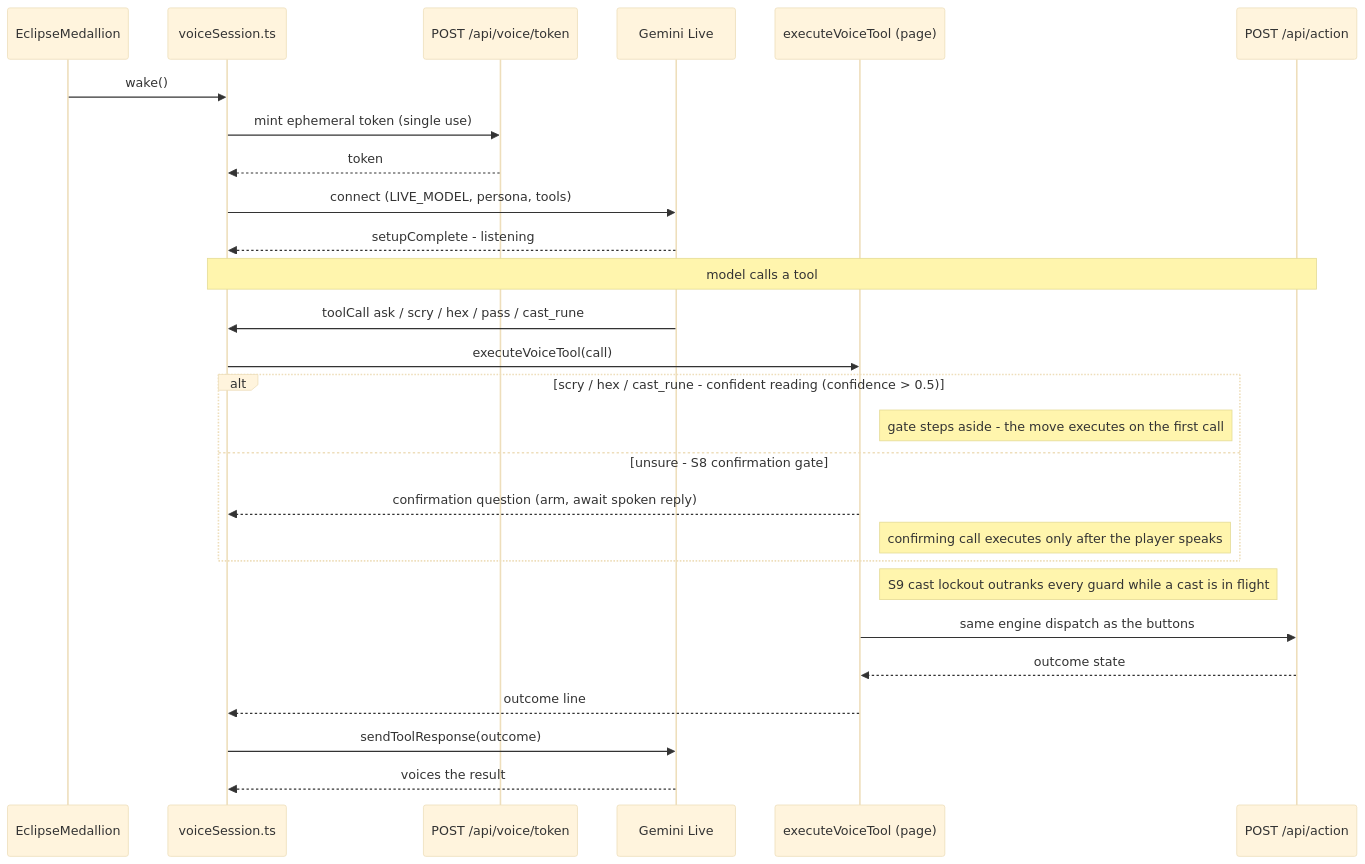
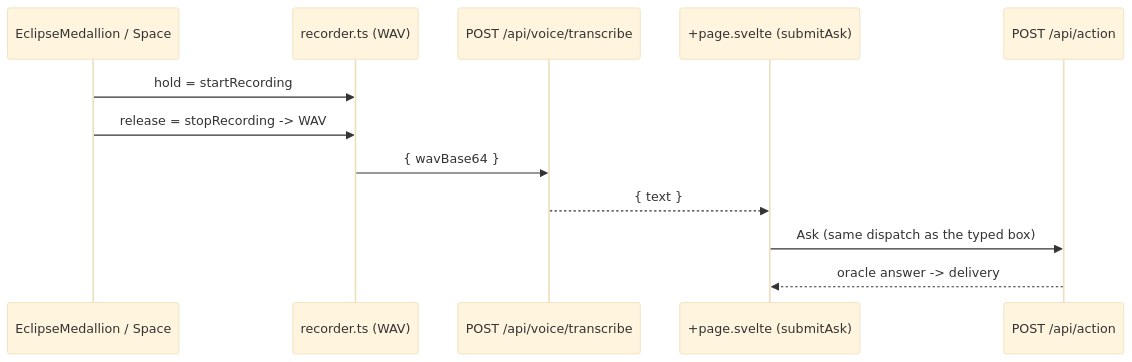
One commit to anchildress1/save-the-sun changed the fourth of 5 diagrams in docs/architecture.md. Above: the diagram before and after it, drawn with Mermaid (base theme). The commit also changed other lines of this file and 5 other files, not shown here.

First line of the commit message:
docs: voice is push-to-talk, not a Live session

````diff
--- a/docs/architecture.md
+++ b/docs/architecture.md
@@ -154,37 +155,18 @@
 ```mermaid
 sequenceDiagram
-    accTitle: Voice input - Live session and tool-call loop
-    accDescr: A medallion wake mints a token, connects the Gemini Live session, and the model calls game tools that the page executor runs through the same engine dispatch as the buttons, then voices the result.
+    accTitle: Voice input - push-to-talk to a transcribed Ask
+    accDescr: Holding the medallion or Space records a WAV; release posts it to the transcribe route, which returns text; the page runs that text through the same Ask pipeline as the typed box.
 
-    participant Medallion as EclipseMedallion
-    participant Voice as voiceSession.ts
-    participant Token as POST /api/voice/token
-    participant Live as Gemini Live
-    participant Exec as executeVoiceTool (page)
+    participant Medallion as EclipseMedallion / Space
+    participant Rec as recorder.ts (WAV)
+    participant STT as POST /api/voice/transcribe
+    participant Page as +page.svelte (submitAsk)
     participant Action as POST /api/action
 
-    Medallion->>Voice: wake()
-    Voice->>Token: mint ephemeral token (single use)
-    Token-->>Voice: token
-    Voice->>Live: connect (LIVE_MODEL, persona, tools)
-    Live-->>Voice: setupComplete - listening
-
-    Note over Voice,Action: model calls a tool
-    Live->>Voice: toolCall ask / scry / hex / pass / cast_rune
-    Voice->>Exec: executeVoiceTool(call)
-
-    alt scry / hex / cast_rune - confident reading (confidence > 0.5)
-        Note right of Exec: gate steps aside - the move executes on the first call
-    else unsure - S8 confirmation gate
-        Exec-->>Voice: confirmation question (arm, await spoken reply)
-        Note right of Exec: confirming call executes only after the player speaks
-    end
-
-    Note right of Exec: S9 cast lockout outranks every guard while a cast is in flight
-
-    Exec->>Action: same engine dispatch as the buttons
-    Action-->>Exec: outcome state
-    Exec-->>Voice: outcome line
-    Voice->>Live: sendToolResponse(outcome)
-    Live-->>Voice: voices the result
+    Medallion->>Rec: hold = startRecording
+    Medallion->>Rec: release = stopRecording -> WAV
+    Rec->>STT: { wavBase64 }
+    STT-->>Page: { text }
+    Page->>Action: Ask (same dispatch as the typed box)
+    Action-->>Page: oracle answer -> delivery
 ```
````
